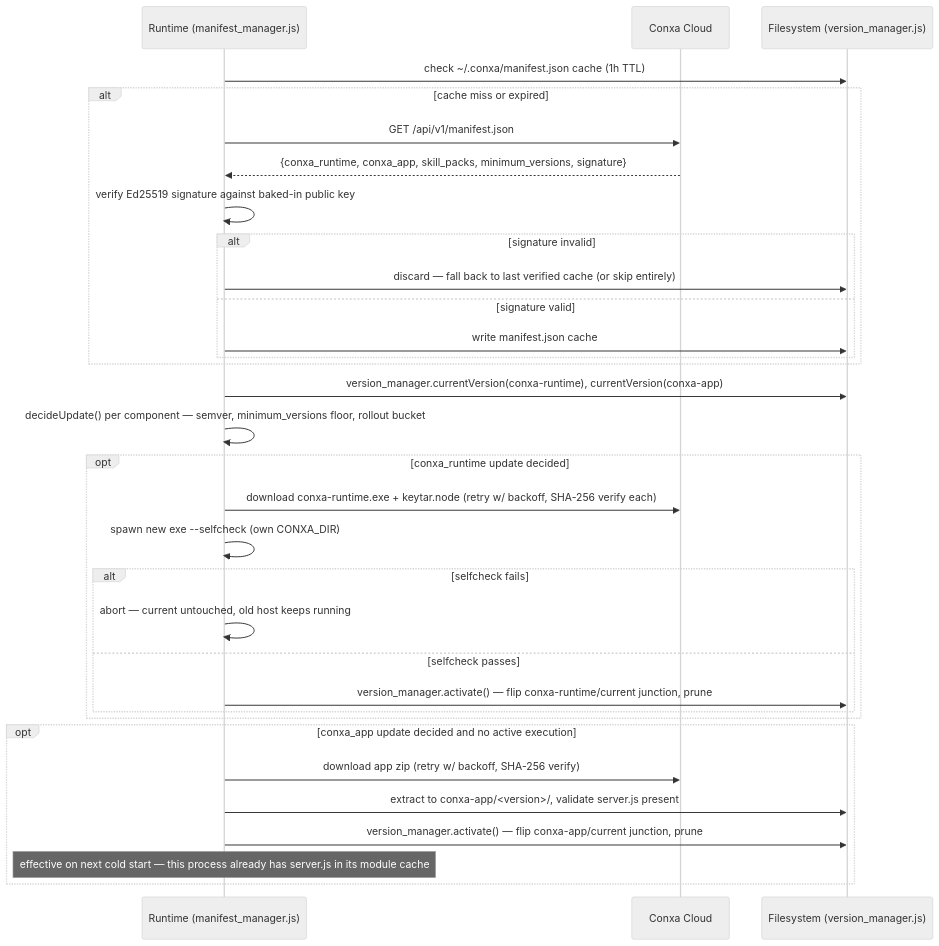
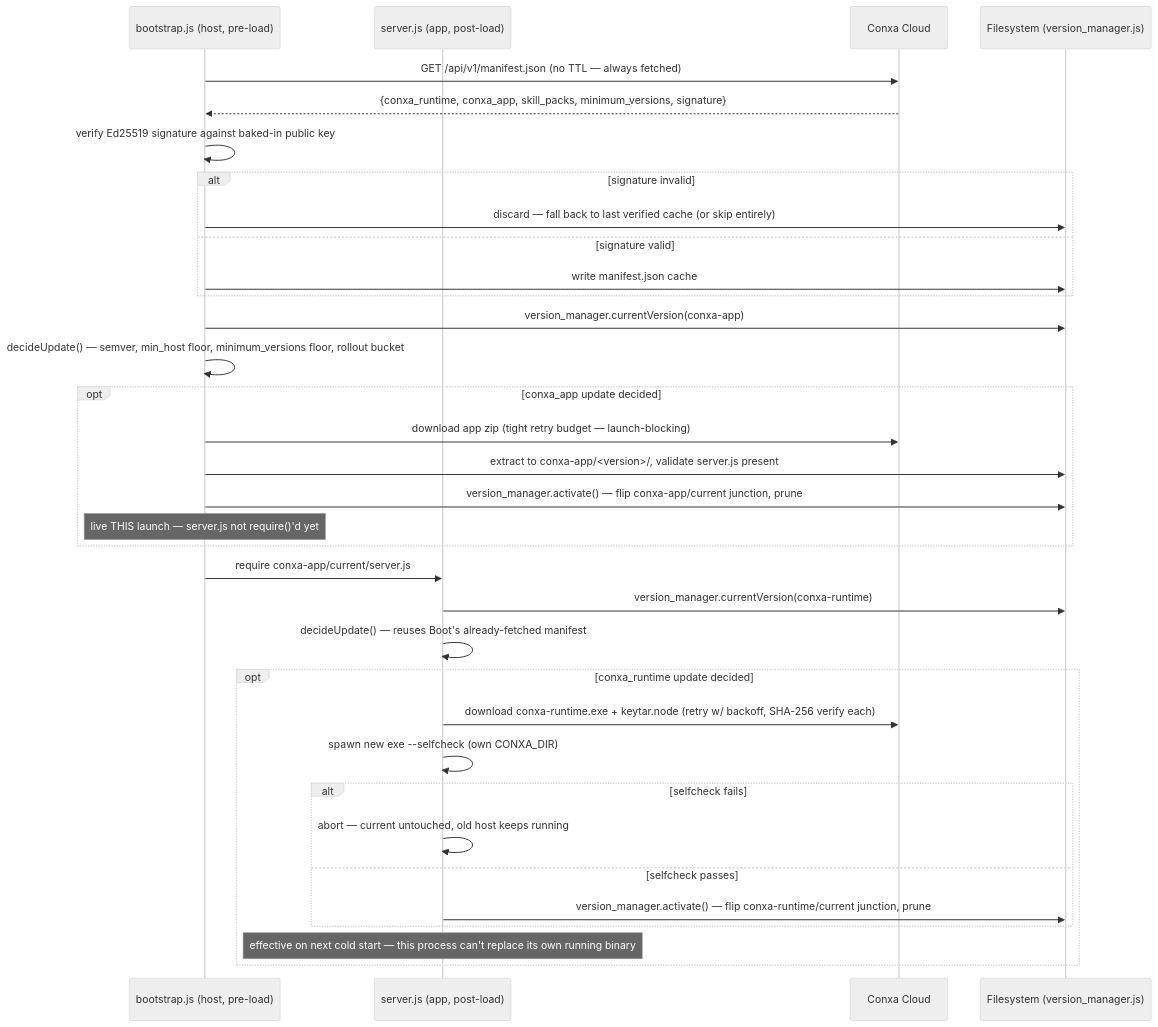
Before and after one commit to Cannonbold2412/CONXA: the seventh of 7 diagrams in docs/TRD.md, drawn with Mermaid (neutral theme). The commit also changed other lines of this file and 5 other files, not shown here.

Commit message:
feat: implement immediate app updates on launch and enforce minimum host version checks

````diff
--- a/docs/TRD.md
+++ b/docs/TRD.md
@@ -615,38 +622,42 @@
 ```mermaid
 sequenceDiagram
-    participant RT as Runtime (manifest_manager.js)
+    participant Boot as bootstrap.js (host, pre-load)
+    participant RT as server.js (app, post-load)
     participant Cloud as Conxa Cloud
     participant FS as Filesystem (version_manager.js)
 
-    RT->>FS: check ~/.conxa/manifest.json cache (1h TTL)
-    alt cache miss or expired
-        RT->>Cloud: GET /api/v1/manifest.json
-        Cloud-->>RT: {conxa_runtime, conxa_app, skill_packs, minimum_versions, signature}
-        RT->>RT: verify Ed25519 signature against baked-in public key
-        alt signature invalid
-            RT->>FS: discard — fall back to last verified cache (or skip entirely)
-        else signature valid
-            RT->>FS: write manifest.json cache
-        end
+    Boot->>Cloud: GET /api/v1/manifest.json (no TTL — always fetched)
+    Cloud-->>Boot: {conxa_runtime, conxa_app, skill_packs, minimum_versions, signature}
+    Boot->>Boot: verify Ed25519 signature against baked-in public key
+    alt signature invalid
+        Boot->>FS: discard — fall back to last verified cache (or skip entirely)
+    else signature valid
+        Boot->>FS: write manifest.json cache
     end
 
-    RT->>FS: version_manager.currentVersion(conxa-runtime), currentVersion(conxa-app)
-    RT->>RT: decideUpdate() per component — semver, minimum_versions floor, rollout bucket
+    Boot->>FS: version_manager.currentVersion(conxa-app)
+    Boot->>Boot: decideUpdate() — semver, min_host floor, minimum_versions floor, rollout bucket
+
+    opt conxa_app update decided
+        Boot->>Cloud: download app zip (tight retry budget — launch-blocking)
+        Boot->>FS: extract to conxa-app/<version>/, validate server.js present
+        Boot->>FS: version_manager.activate() — flip conxa-app/current junction, prune
+        Note over Boot: live THIS launch — server.js not require()'d yet
+    end
+
+    Boot->>RT: require conxa-app/current/server.js
+
+    RT->>FS: version_manager.currentVersion(conxa-runtime)
+    RT->>RT: decideUpdate() — reuses Boot's already-fetched manifest
 
     opt conxa_runtime update decided
         RT->>Cloud: download conxa-runtime.exe + keytar.node (retry w/ backoff, SHA-256 verify each)
         RT->>RT: spawn new exe --selfcheck (own CONXA_DIR)
         alt selfcheck fails
             RT->>RT: abort — current untouched, old host keeps running
         else selfcheck passes
             RT->>FS: version_manager.activate() — flip conxa-runtime/current junction, prune
         end
-    end
-
-    opt conxa_app update decided and no active execution
-        RT->>Cloud: download app zip (retry w/ backoff, SHA-256 verify)
-        RT->>FS: extract to conxa-app/<version>/, validate server.js present
-        RT->>FS: version_manager.activate() — flip conxa-app/current junction, prune
-        Note over RT: effective on next cold start — this process already has server.js in its module cache
+        Note over RT: effective on next cold start — this process can't replace its own running binary
     end
 ```
````
